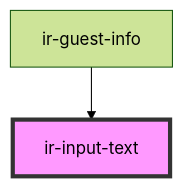
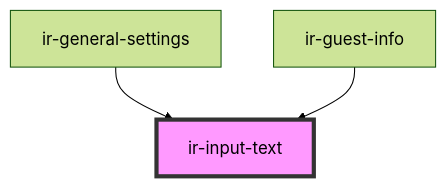
Before and after one commit to freddynasr/ir-webcmp: the diagram in src/components/ir-input-text/readme.md, drawn with Mermaid (forest theme). The commit also changed other lines of this file and 18 other files, not shown here.

````diff
--- a/src/components/ir-input-text/readme.md
+++ b/src/components/ir-input-text/readme.md
@@ -39,5 +45,6 @@
 ```mermaid
 graph TD;
+  ir-general-settings --> ir-input-text
   ir-guest-info --> ir-input-text
   style ir-input-text fill:#f9f,stroke:#333,stroke-width:4px
 ```
````
